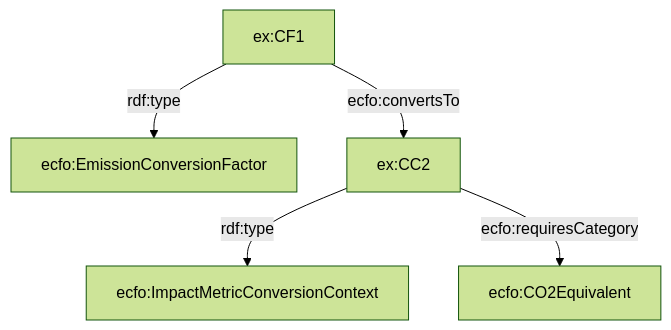
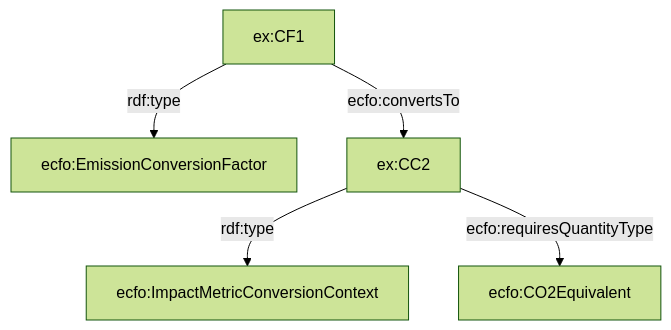
Before and after one commit to TEC-Toolkit/ECFO: the seventh of 8 diagrams in development/doc.md, drawn with Mermaid (forest theme). The commit also changed other lines of this file, not shown here.

````diff
--- a/development/doc.md
+++ b/development/doc.md
@@ -124,13 +124,13 @@
 ```mermaid
 graph TD
     CF[ecfo:EmissionConversionFactor]
     CE[ecfo:ImpactMetricConversionContext]
     EX[ecfo:CO2Equivalent]
     EX1[ex:CF1]
     EX2[ex:CC2]
 
  EX1 -- "rdf:type" --> CF
   EX2 -- "rdf:type" --> CE
     EX1 -- "ecfo:convertsTo" --> EX2
-    EX2 -- "ecfo:requiresCategory" -->  EX
+    EX2 -- "ecfo:requiresQuantityType" -->  EX
 ```
````
